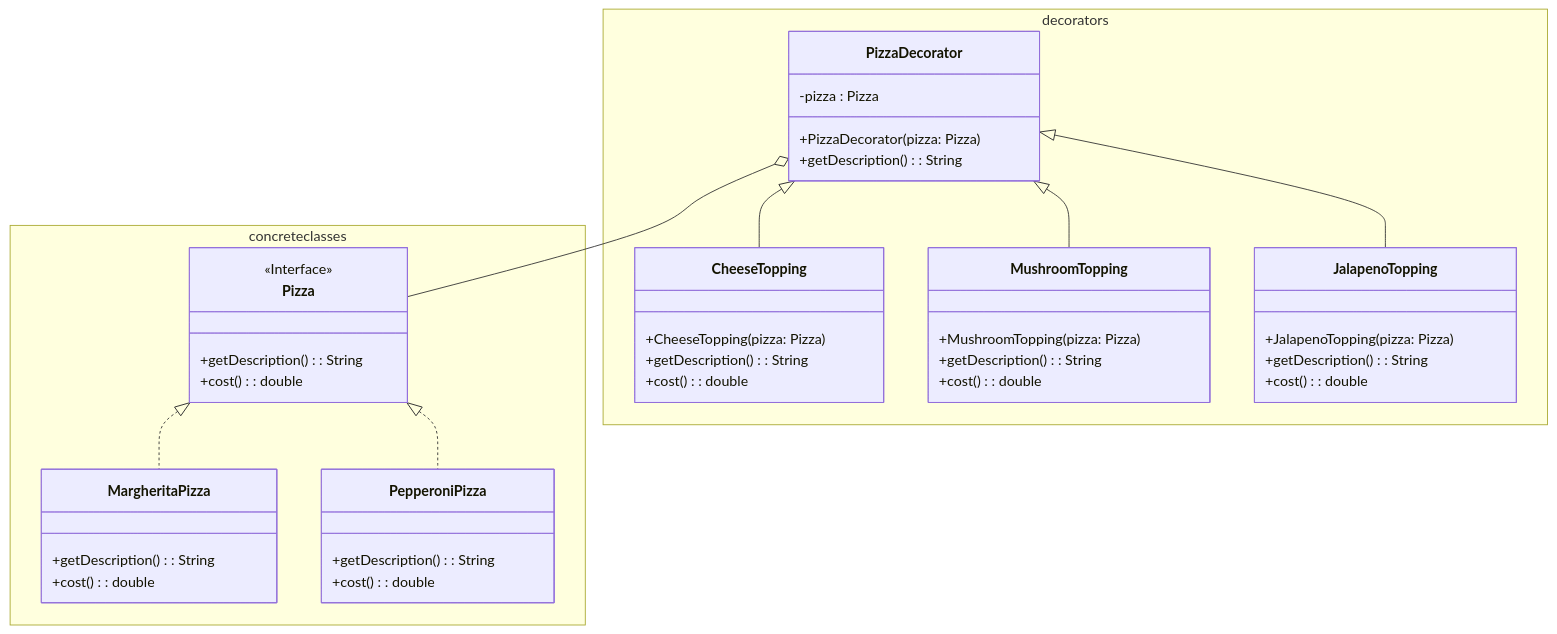
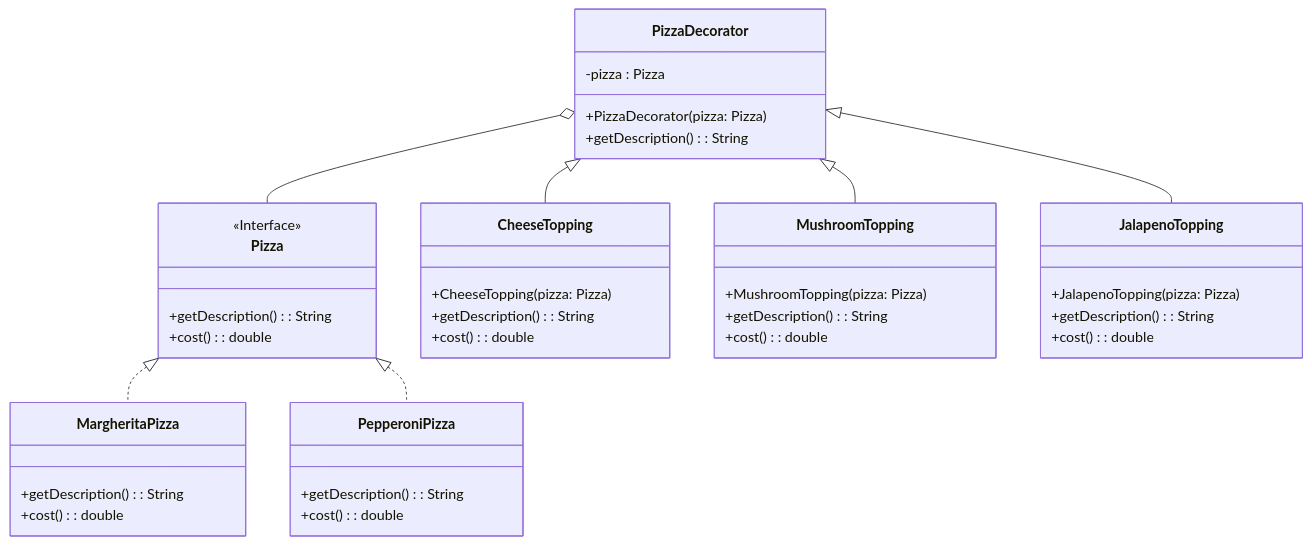
The third of 3 diagrams in Structural/Decorator/README.md (sharief007/design-patterns), drawn with Mermaid before and after one commit. The commit also changed other lines of this file, not shown here.

Commit message:
Fix UML errors

````diff
--- a/Structural/Decorator/README.md
+++ b/Structural/Decorator/README.md
@@ -112,54 +165,50 @@
 ```mermaid
 classDiagram
-  namespace concreteclasses {
     class Pizza {
         <<Interface>>
         +getDescription() : String
         +cost() : double
     }
 
     class MargheritaPizza {
         +getDescription() : String
         +cost() : double
     }
 
     class PepperoniPizza {
         +getDescription() : String
         +cost() : double
     }
-  }
   
-  namespace decorators {
     class PizzaDecorator {
         -pizza : Pizza
         +PizzaDecorator(pizza: Pizza)
         +getDescription() : String
     }
 
     class CheeseTopping {
         +CheeseTopping(pizza: Pizza)
         +getDescription() : String
         +cost() : double
     }
 
     class MushroomTopping {
         +MushroomTopping(pizza: Pizza)
         +getDescription() : String
         +cost() : double
     }
 
     class JalapenoTopping {
         +JalapenoTopping(pizza: Pizza)
         +getDescription() : String
         +cost() : double
     }
-  }
 
-  Pizza <|.. MargheritaPizza
-  Pizza <|.. PepperoniPizza
+    Pizza <|.. MargheritaPizza
+    Pizza <|.. PepperoniPizza
 
-  PizzaDecorator <|-- CheeseTopping
-  PizzaDecorator <|-- MushroomTopping
-  PizzaDecorator <|-- JalapenoTopping
-  PizzaDecorator o-- Pizza
+    PizzaDecorator <|-- CheeseTopping
+    PizzaDecorator <|-- MushroomTopping
+    PizzaDecorator <|-- JalapenoTopping
+    PizzaDecorator o-- Pizza
 ```
````
